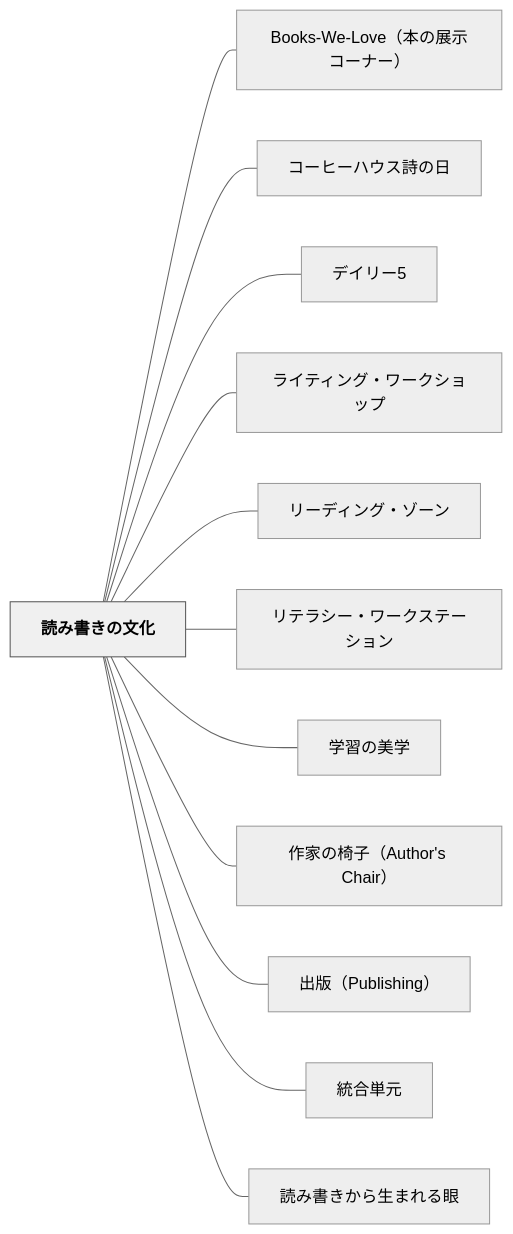
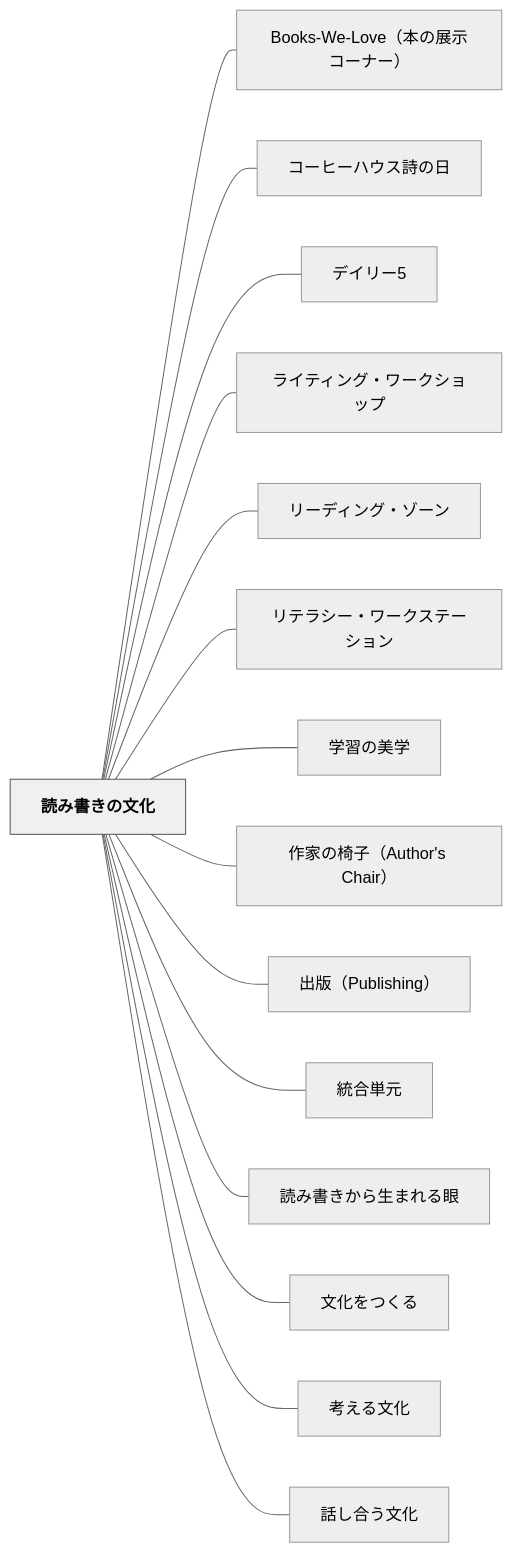
The diagram in content/パタン/読み書きの文化.md (unknownthings-ed-patterns/unknownthings-ed-patterns), drawn with Mermaid (neutral theme) before and after one commit. The commit also changed other lines of this file and 100 other files, not shown here.

````diff
--- a/content/パタン/読み書きの文化.md
+++ b/content/パタン/読み書きの文化.md
@@ -103,30 +102,36 @@
 ```mermaid
 flowchart LR
     ne8aaade381bfe69bb8e3818de381aee69687e58c96["読み書きの文化"]
     n426f6f6b732d57652d4c6f7665efbc88e69cace381aee5b195e7a4bae382b3e383bce3838ae383bcefbc89["Books-We-Love（本の展示コーナー）"]
     ne382b3e383bce38392e383bce3838fe382a6e382b9e8a9a9e381aee697a5["コーヒーハウス詩の日"]
     ne38387e382a4e383aae383bc35["デイリー5"]
     ne383a9e382a4e38386e382a3e383b3e382b0e383bbe383afe383bce382afe382b7e383a7e38383e38397["ライティング・ワークショップ"]
     ne383aae383bce38387e382a3e383b3e382b0e383bbe382bee383bce383b3["リーディング・ゾーン"]
     ne383aae38386e383a9e382b7e383bce383bbe383afe383bce382afe382b9e38386e383bce382b7e383a7e383b3["リテラシー・ワークステーション"]
     ne5ada6e7bf92e381aee7be8ee5ada6["学習の美学"]
     ne4bd9ce5aeb6e381aee6a485e5ad90efbc88417574686f722773204368616972efbc89["作家の椅子（Author's Chair）"]
     ne587bae78988efbc885075626c697368696e67efbc89["出版（Publishing）"]
     ne7b5b1e59088e58d98e58583["統合単元"]
     ne8aaade381bfe69bb8e3818de3818be38289e7949fe381bee3828ce3828be79cbc["読み書きから生まれる眼"]
+    ne69687e58c96e38292e381a4e3818fe3828b["文化をつくる"]
+    ne88083e38188e3828be69687e58c96["考える文化"]
+    ne8a9b1e38197e59088e38186e69687e58c96["話し合う文化"]
 
     ne8aaade381bfe69bb8e3818de381aee69687e58c96 --- n426f6f6b732d57652d4c6f7665efbc88e69cace381aee5b195e7a4bae382b3e383bce3838ae383bcefbc89
     ne8aaade381bfe69bb8e3818de381aee69687e58c96 --- ne382b3e383bce38392e383bce3838fe382a6e382b9e8a9a9e381aee697a5
     ne8aaade381bfe69bb8e3818de381aee69687e58c96 --- ne38387e382a4e383aae383bc35
     ne8aaade381bfe69bb8e3818de381aee69687e58c96 --- ne383a9e382a4e38386e382a3e383b3e382b0e383bbe383afe383bce382afe382b7e383a7e38383e38397
     ne8aaade381bfe69bb8e3818de381aee69687e58c96 --- ne383aae383bce38387e382a3e383b3e382b0e383bbe382bee383bce383b3
     ne8aaade381bfe69bb8e3818de381aee69687e58c96 --- ne383aae38386e383a9e382b7e383bce383bbe383afe383bce382afe382b9e38386e383bce382b7e383a7e383b3
     ne8aaade381bfe69bb8e3818de381aee69687e58c96 --- ne5ada6e7bf92e381aee7be8ee5ada6
     ne8aaade381bfe69bb8e3818de381aee69687e58c96 --- ne4bd9ce5aeb6e381aee6a485e5ad90efbc88417574686f722773204368616972efbc89
     ne8aaade381bfe69bb8e3818de381aee69687e58c96 --- ne587bae78988efbc885075626c697368696e67efbc89
     ne8aaade381bfe69bb8e3818de381aee69687e58c96 --- ne7b5b1e59088e58d98e58583
     ne8aaade381bfe69bb8e3818de381aee69687e58c96 --- ne8aaade381bfe69bb8e3818de3818be38289e7949fe381bee3828ce3828be79cbc
+    ne8aaade381bfe69bb8e3818de381aee69687e58c96 --- ne69687e58c96e38292e381a4e3818fe3828b
+    ne8aaade381bfe69bb8e3818de381aee69687e58c96 --- ne88083e38188e3828be69687e58c96
+    ne8aaade381bfe69bb8e3818de381aee69687e58c96 --- ne8a9b1e38197e59088e38186e69687e58c96
 
     classDef hub fill:#f0f0f0,stroke:#555,color:#000,font-weight:bold
     class ne8aaade381bfe69bb8e3818de381aee69687e58c96 hub
 ```
````
